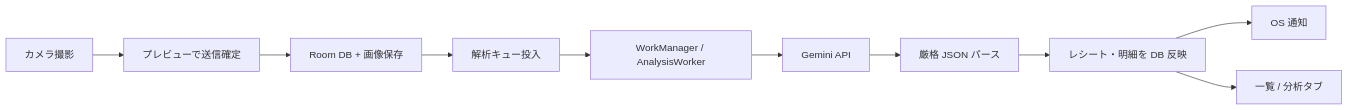
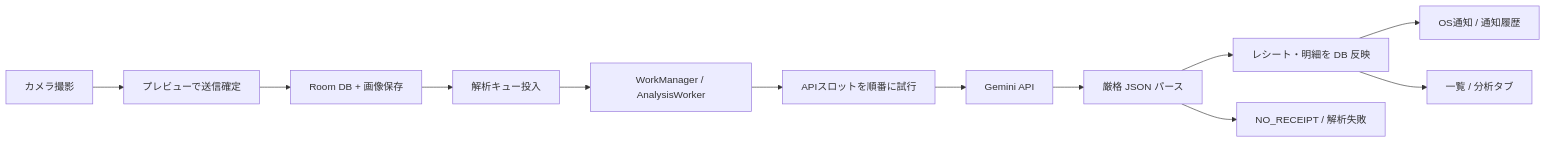
The diagram in README.md (temp1209/kakeibo-app), drawn with Mermaid before and after one commit. The commit also changed other lines of this file, not shown here.

````diff
--- a/README.md
+++ b/README.md
@@ -75,12 +75,14 @@
 ```mermaid
 flowchart LR
     A[カメラ撮影] --> B[プレビューで送信確定]
     B --> C[Room DB + 画像保存]
     C --> D[解析キュー投入]
     D --> E[WorkManager / AnalysisWorker]
-    E --> F[Gemini API]
-    F --> G[厳格 JSON パース]
-    G --> H[レシート・明細を DB 反映]
-    H --> I[OS 通知]
-    H --> J[一覧 / 分析タブ]
+    E --> F[APIスロットを順番に試行]
+    F --> G[Gemini API]
+    G --> H[厳格 JSON パース]
+    H --> I[レシート・明細を DB 反映]
+    H --> K[NO_RECEIPT / 解析失敗]
+    I --> J[OS通知 / 通知履歴]
+    I --> L[一覧 / 分析タブ]
 ```
````
